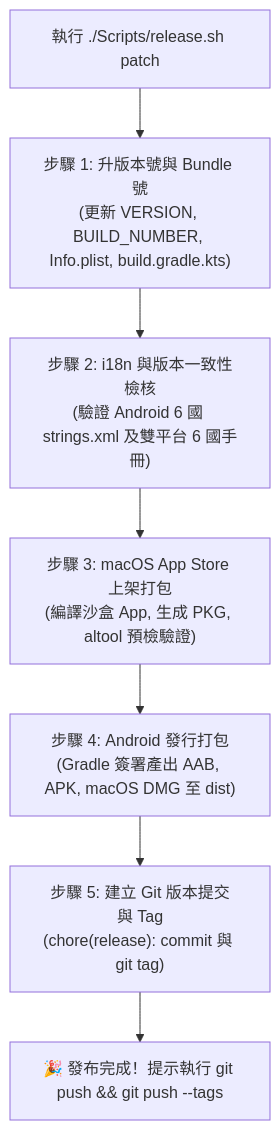
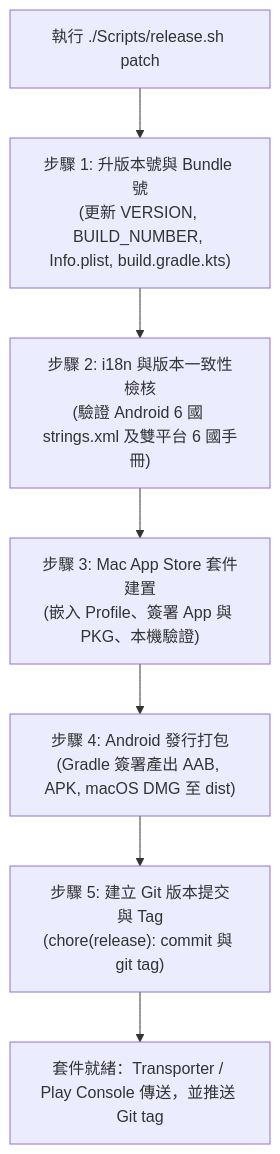
Before and after one commit to hauchiehlin-ops/SyncNexus: the diagram in docs/RELEASE_SOP.md, drawn with Mermaid. The commit also changed other lines of this file and 12 other files, not shown here.

````diff
--- a/docs/RELEASE_SOP.md
+++ b/docs/RELEASE_SOP.md
@@ -73,9 +75,9 @@
 ```mermaid
 flowchart TD
     Start["執行 ./Scripts/release.sh patch"] --> Step1["步驟 1: 升版本號與 Bundle 號\n(更新 VERSION, BUILD_NUMBER, Info.plist, build.gradle.kts)"]
     Step1 --> Step2["步驟 2: i18n 與版本一致性檢核\n(驗證 Android 6 國 strings.xml 及雙平台 6 國手冊)"]
-    Step2 --> Step3["步驟 3: macOS App Store 上架打包\n(編譯沙盒 App, 生成 PKG, altool 預檢驗證)"]
+    Step2 --> Step3["步驟 3: Mac App Store 套件建置\n(嵌入 Profile、簽署 App 與 PKG、本機驗證)"]
     Step3 --> Step4["步驟 4: Android 發行打包\n(Gradle 簽署產出 AAB, APK, macOS DMG 至 dist)"]
     Step4 --> Step5["步驟 5: 建立 Git 版本提交與 Tag\n(chore(release): commit 與 git tag)"]
-    Step5 --> Finish["🎉 發布完成！提示執行 git push && git push --tags"]
+    Step5 --> Finish["套件就緒：Transporter / Play Console 傳送，並推送 Git tag"]
 ```
````
